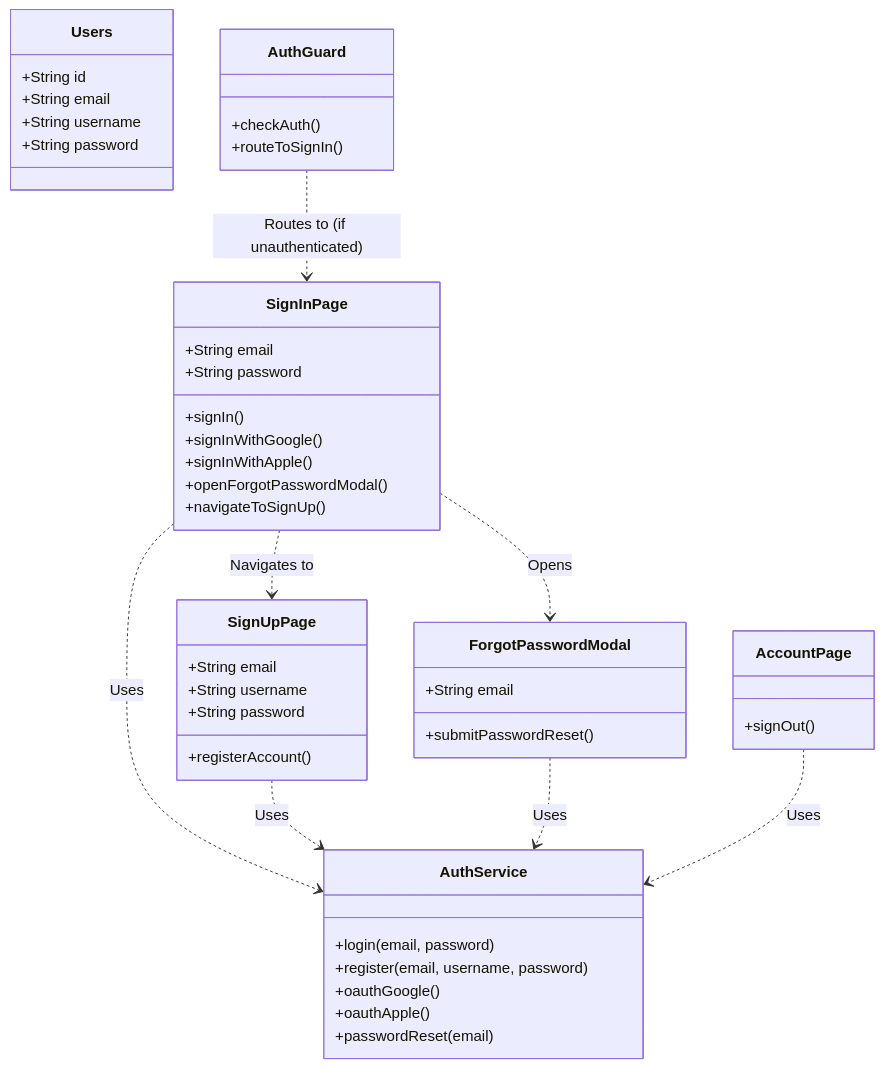
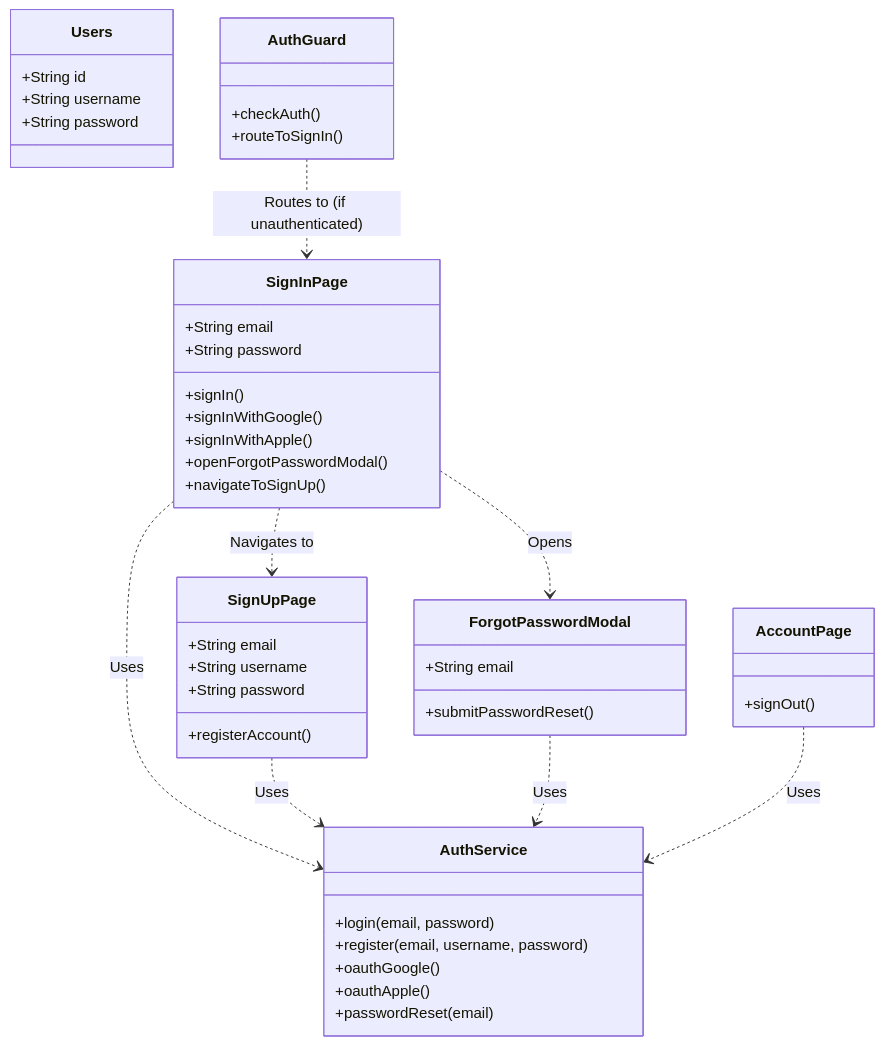
One commit to TipTop-Tech/monolith changed the diagram in src/plans/Auth/auth_uml.md. Above: the diagram before and after it, drawn with Mermaid. The commit also changed 3 other files, not shown here.

````diff
--- a/src/plans/Auth/auth_uml.md
+++ b/src/plans/Auth/auth_uml.md
@@ -3,56 +3,55 @@
 ```mermaid
 classDiagram
     class Users {
         +String id
-        +String email
         +String username
         +String password
     }
 
     class AuthService {
         +login(email, password)
         +register(email, username, password)
         +oauthGoogle()
         +oauthApple()
         +passwordReset(email)
     }
 
     class AuthGuard {
         +checkAuth()
         +routeToSignIn()
     }
 
     class SignInPage {
         +String email
         +String password
         +signIn()
         +signInWithGoogle()
         +signInWithApple()
         +openForgotPasswordModal()
         +navigateToSignUp()
     }
 
     class SignUpPage {
         +String email
         +String username
         +String password
         +registerAccount()
     }
 
     class ForgotPasswordModal {
         +String email
         +submitPasswordReset()
     }
 
     class AccountPage {
         +signOut()
     }
 
     SignInPage ..> AuthService : Uses
     SignUpPage ..> AuthService : Uses
     ForgotPasswordModal ..> AuthService : Uses
     AccountPage ..> AuthService : Uses
     AuthGuard ..> SignInPage : Routes to (if unauthenticated)
     SignInPage ..> SignUpPage : Navigates to
     SignInPage ..> ForgotPasswordModal : Opens
 ```
````
